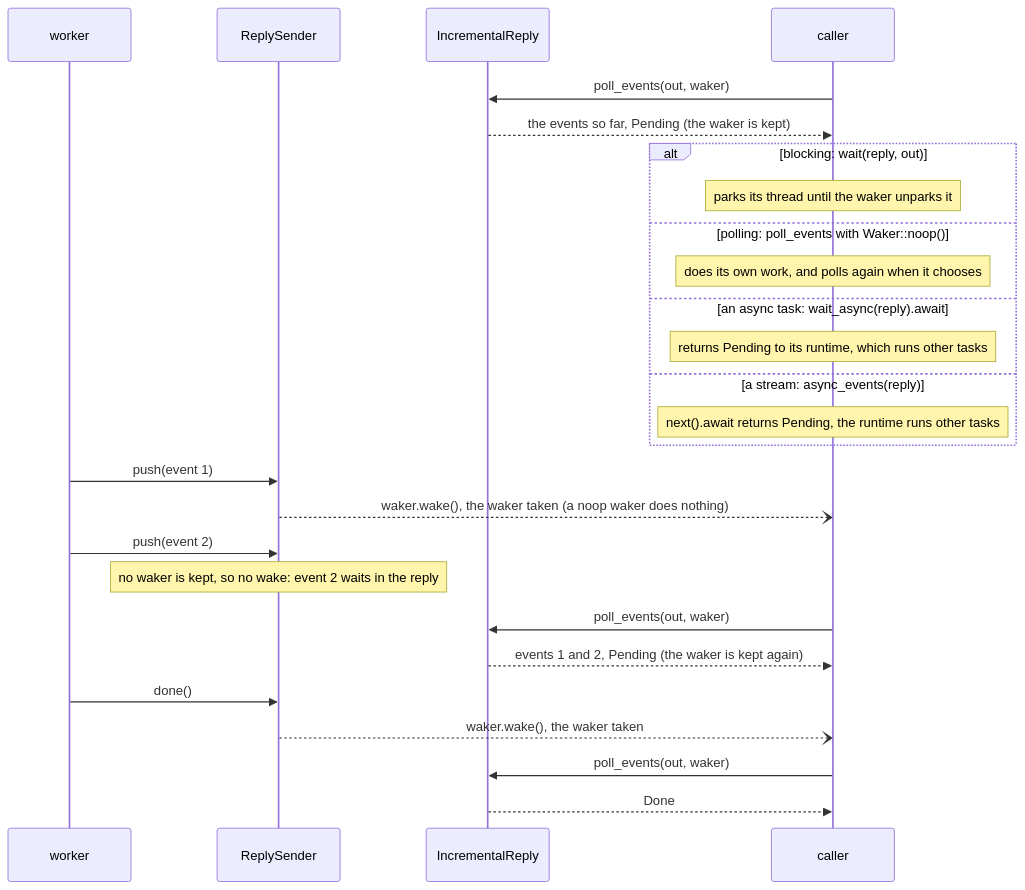
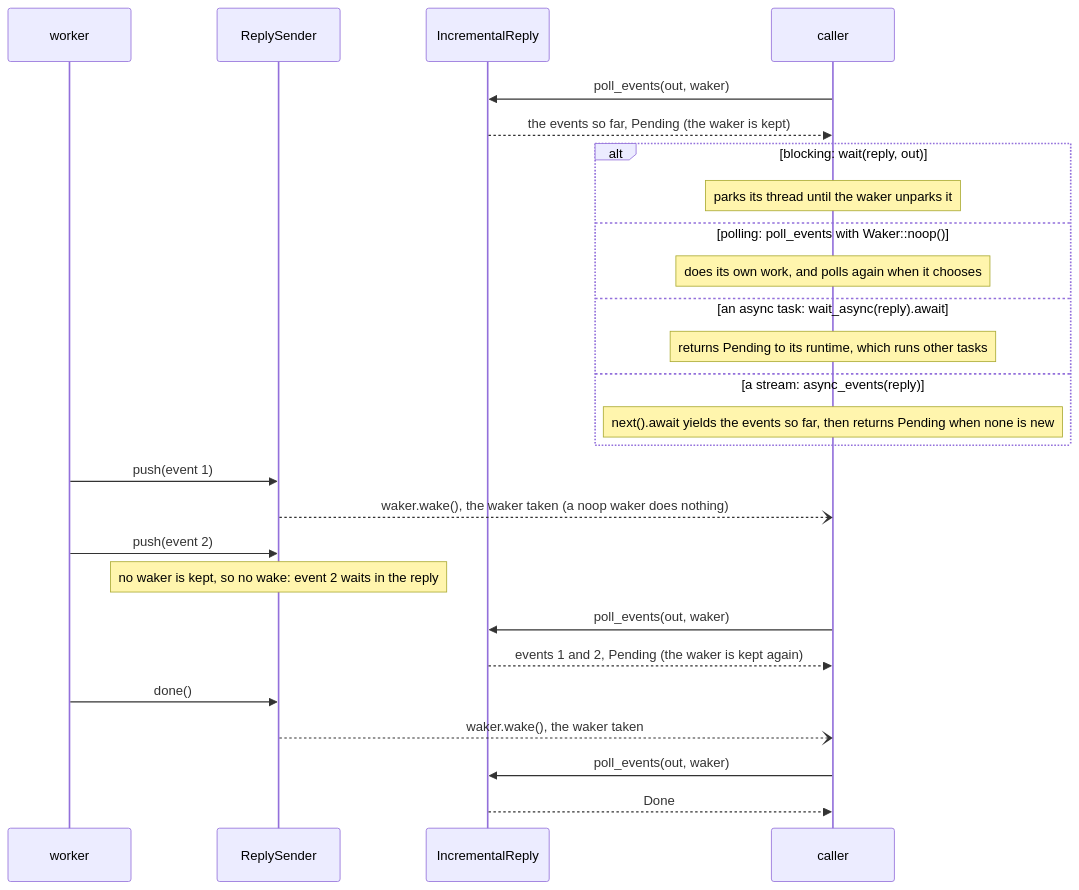
The fourth of 4 diagrams in source/executor_protocol/docs/facilities.md (microsoft/qdk), drawn with Mermaid before and after one commit. The commit also changed other lines of this file and 15 other files, not shown here.

````diff
--- a/source/executor_protocol/docs/facilities.md
+++ b/source/executor_protocol/docs/facilities.md
@@ -286,28 +292,28 @@
 ```mermaid
 sequenceDiagram
   participant W as worker
   participant S as ReplySender
   participant I as IncrementalReply
   participant C as caller
   C->>I: poll_events(out, waker)
   I-->>C: the events so far, Pending (the waker is kept)
   alt blocking: wait(reply, out)
     Note over C: parks its thread until the waker unparks it
   else polling: poll_events with Waker::noop()
     Note over C: does its own work, and polls again when it chooses
   else an async task: wait_async(reply).await
     Note over C: returns Pending to its runtime, which runs other tasks
   else a stream: async_events(reply)
-    Note over C: next().await returns Pending, the runtime runs other tasks
+    Note over C: next().await yields the events so far, then returns Pending when none is new
   end
   W->>S: push(event 1)
   S--)C: waker.wake(), the waker taken (a noop waker does nothing)
   W->>S: push(event 2)
   Note over S: no waker is kept, so no wake: event 2 waits in the reply
   C->>I: poll_events(out, waker)
   I-->>C: events 1 and 2, Pending (the waker is kept again)
   W->>S: done()
   S--)C: waker.wake(), the waker taken
   C->>I: poll_events(out, waker)
   I-->>C: Done
 ```
````
